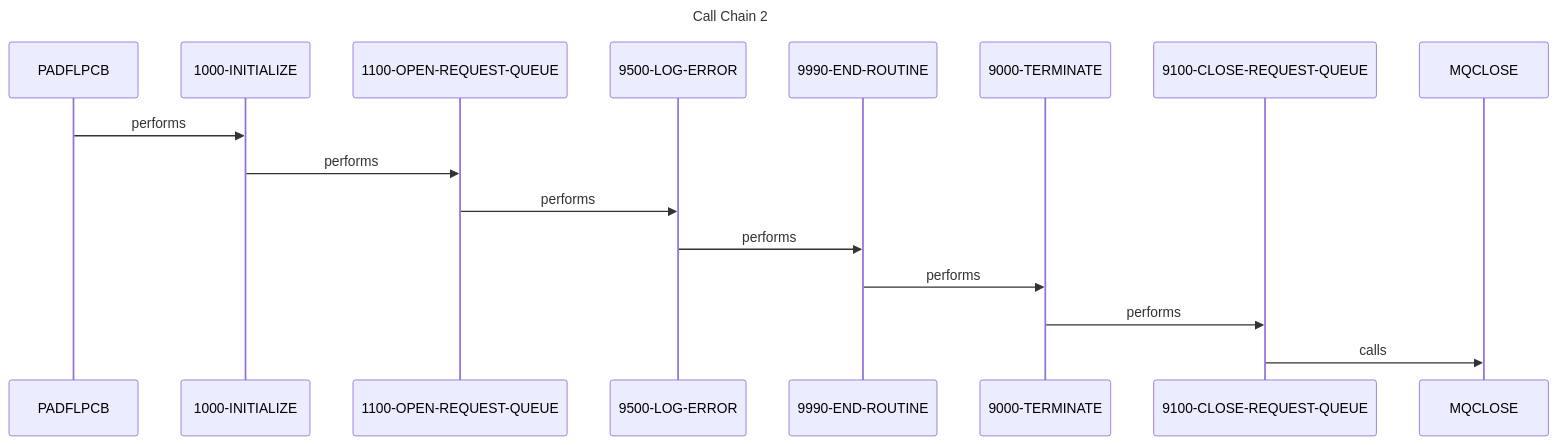
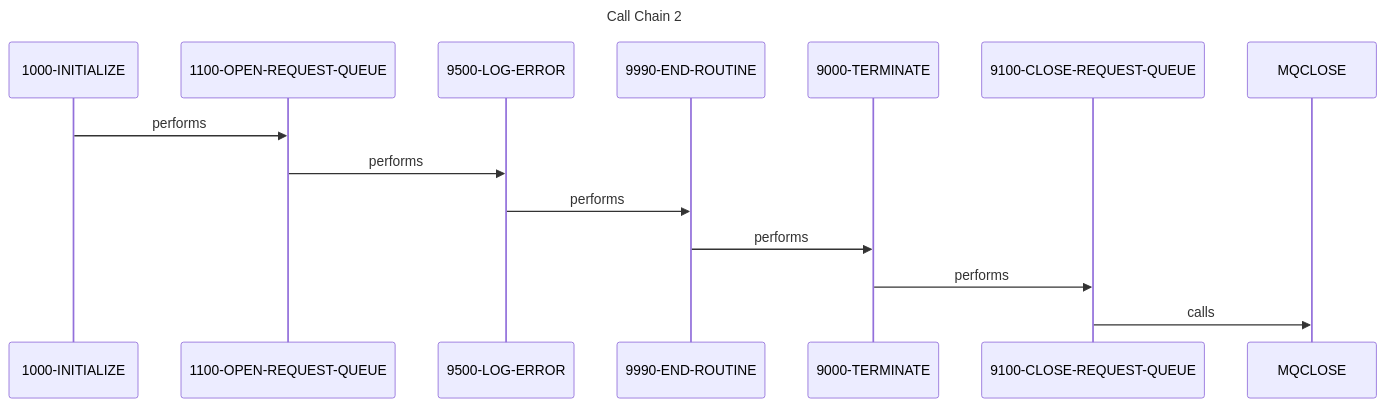
Before and after one commit to andrasfe/war_rig: the third of 6 diagrams in example_output/SYSTEM_DESIGN.md, drawn with Mermaid. The commit also changed other lines of this file and 113 other files, not shown here.

````diff
--- a/example_output/SYSTEM_DESIGN.md
+++ b/example_output/SYSTEM_DESIGN.md
@@ -326,19 +337,17 @@
 ```mermaid
 sequenceDiagram
     title Call Chain 2
-    participant PADFLPCB as PADFLPCB
     participant 1000_INITIALIZE as 1000-INITIALIZE
     participant 1100_OPEN_REQUEST_QUEUE as 1100-OPEN-REQUEST-QUEUE
     participant 9500_LOG_ERROR as 9500-LOG-ERROR
     participant 9990_END_ROUTINE as 9990-END-ROUTINE
     participant 9000_TERMINATE as 9000-TERMINATE
     participant 9100_CLOSE_REQUEST_QUEUE as 9100-CLOSE-REQUEST-QUEUE
     participant MQCLOSE as MQCLOSE
-    PADFLPCB->>1000_INITIALIZE: performs
     1000_INITIALIZE->>1100_OPEN_REQUEST_QUEUE: performs
     1100_OPEN_REQUEST_QUEUE->>9500_LOG_ERROR: performs
     9500_LOG_ERROR->>9990_END_ROUTINE: performs
     9990_END_ROUTINE->>9000_TERMINATE: performs
     9000_TERMINATE->>9100_CLOSE_REQUEST_QUEUE: performs
     9100_CLOSE_REQUEST_QUEUE->>MQCLOSE: calls
 ```
````
